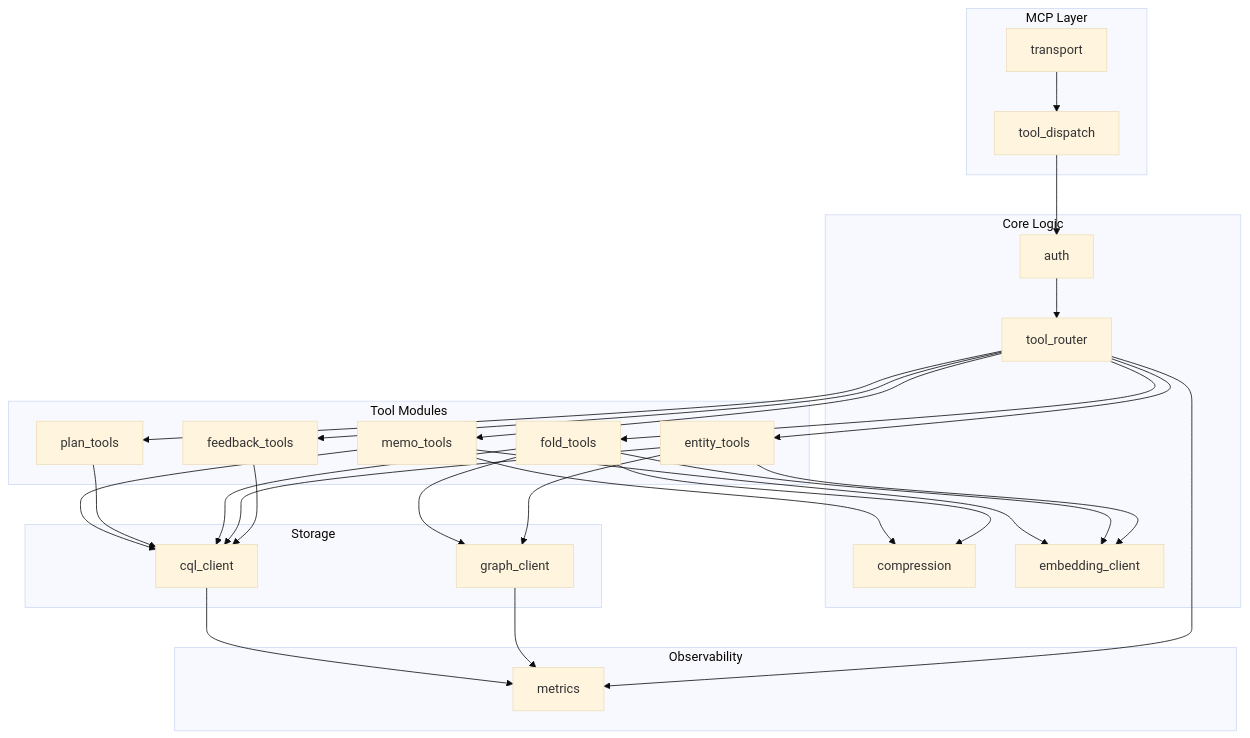
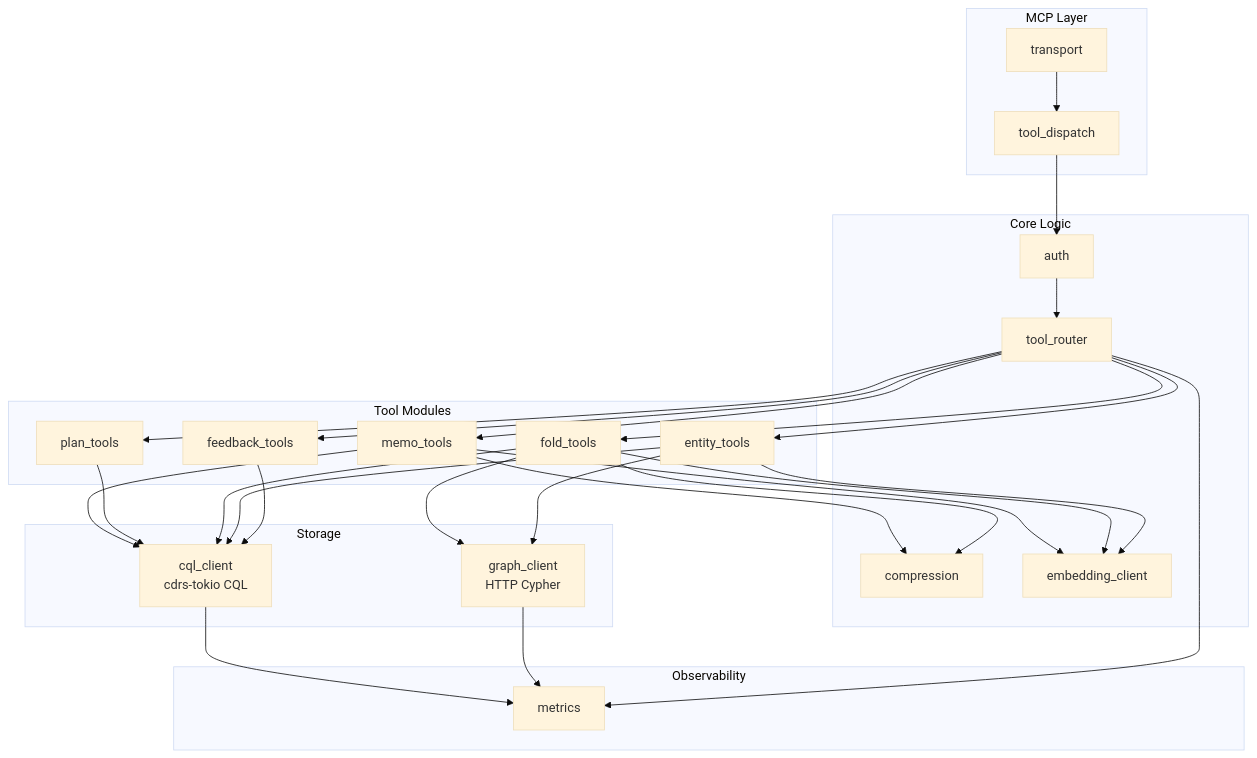
Before and after one commit to ferrosadb/ferrosa-memory: the diagram in specs/components.md, drawn with Mermaid (base theme). The commit also changed other lines of this file and 7 other files, not shown here.

````diff
--- a/specs/components.md
+++ b/specs/components.md
@@ -5,55 +8,55 @@
 ```mermaid
 graph TB
     subgraph "MCP Layer"
         TRANS[transport]
         DISPATCH[tool_dispatch]
     end
 
     subgraph "Core Logic"
         ROUTER[tool_router]
         AUTH[auth]
         COMPRESS[compression]
         EMBED[embedding_client]
     end
 
     subgraph "Tool Modules"
         MEMO[memo_tools]
         PLAN[plan_tools]
         FOLD[fold_tools]
         ENTITY[entity_tools]
         FEEDBACK[feedback_tools]
     end
 
     subgraph "Storage"
-        CQL[cql_client]
-        GRAPH[graph_client]
+        CQL[cql_client<br/>cdrs-tokio CQL]
+        GRAPH[graph_client<br/>HTTP Cypher]
     end
 
     subgraph "Observability"
         METRICS[metrics]
     end
 
     TRANS --> DISPATCH
     DISPATCH --> AUTH
     AUTH --> ROUTER
     ROUTER --> MEMO
     ROUTER --> PLAN
     ROUTER --> FOLD
     ROUTER --> ENTITY
     ROUTER --> FEEDBACK
     MEMO --> CQL
     MEMO --> EMBED
     MEMO --> COMPRESS
     PLAN --> CQL
     FOLD --> CQL
     FOLD --> GRAPH
     FOLD --> COMPRESS
     FOLD --> EMBED
     ENTITY --> CQL
     ENTITY --> GRAPH
     ENTITY --> EMBED
     FEEDBACK --> CQL
     CQL --> METRICS
     GRAPH --> METRICS
     ROUTER --> METRICS
 ```
````
